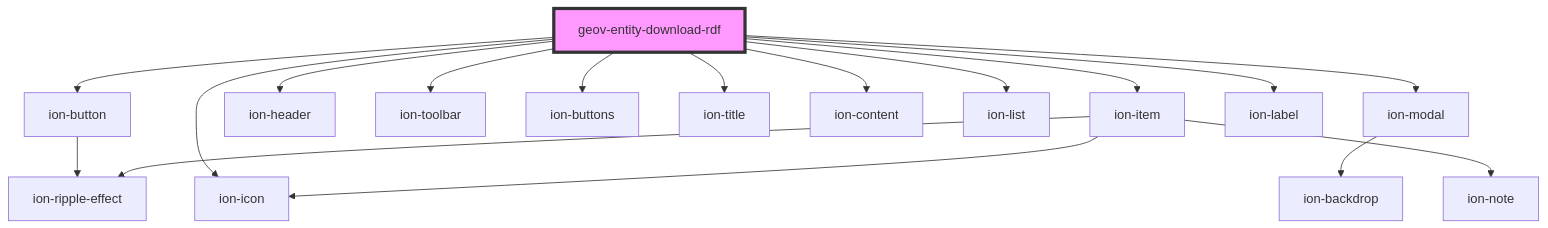
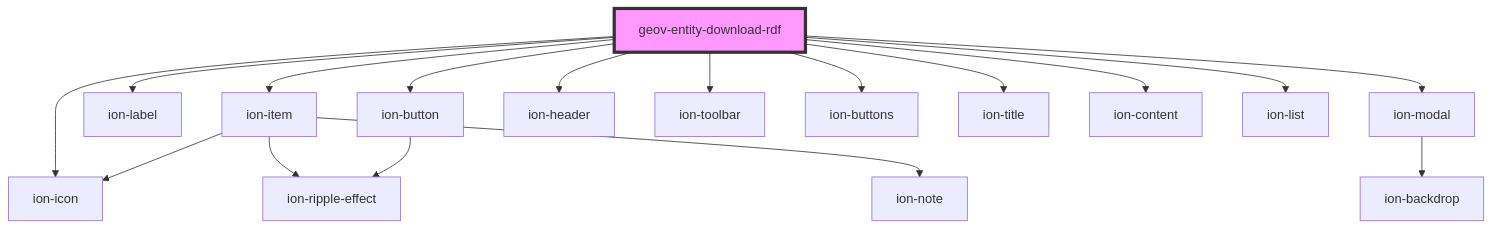
One commit to geovistory/design-system changed the diagram in packages/design-system-web/src/components/geov-entity-download-rdf/readme.md. Above: the diagram before and after it, drawn with Mermaid. The commit also changed other lines of this file and 62 other files, not shown here.

````diff
--- a/packages/design-system-web/src/components/geov-entity-download-rdf/readme.md
+++ b/packages/design-system-web/src/components/geov-entity-download-rdf/readme.md
@@ -37,20 +37,20 @@
 ```mermaid
 graph TD;
+  geov-entity-download-rdf --> ion-item
+  geov-entity-download-rdf --> ion-icon
+  geov-entity-download-rdf --> ion-label
   geov-entity-download-rdf --> ion-button
-  geov-entity-download-rdf --> ion-icon
   geov-entity-download-rdf --> ion-modal
   geov-entity-download-rdf --> ion-header
   geov-entity-download-rdf --> ion-toolbar
   geov-entity-download-rdf --> ion-buttons
   geov-entity-download-rdf --> ion-title
   geov-entity-download-rdf --> ion-content
   geov-entity-download-rdf --> ion-list
-  geov-entity-download-rdf --> ion-item
-  geov-entity-download-rdf --> ion-label
-  ion-button --> ion-ripple-effect
-  ion-modal --> ion-backdrop
   ion-item --> ion-icon
   ion-item --> ion-ripple-effect
   ion-item --> ion-note
+  ion-button --> ion-ripple-effect
+  ion-modal --> ion-backdrop
   style geov-entity-download-rdf fill:#f9f,stroke:#333,stroke-width:4px
 ```
````
